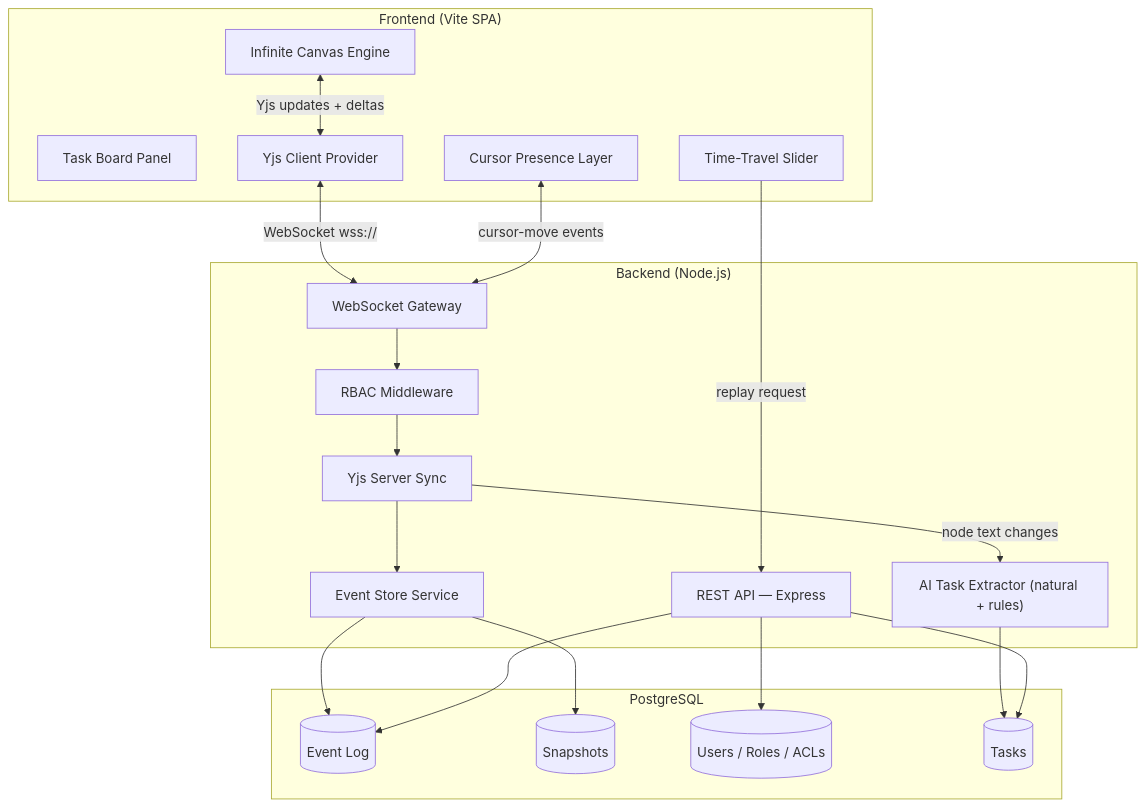
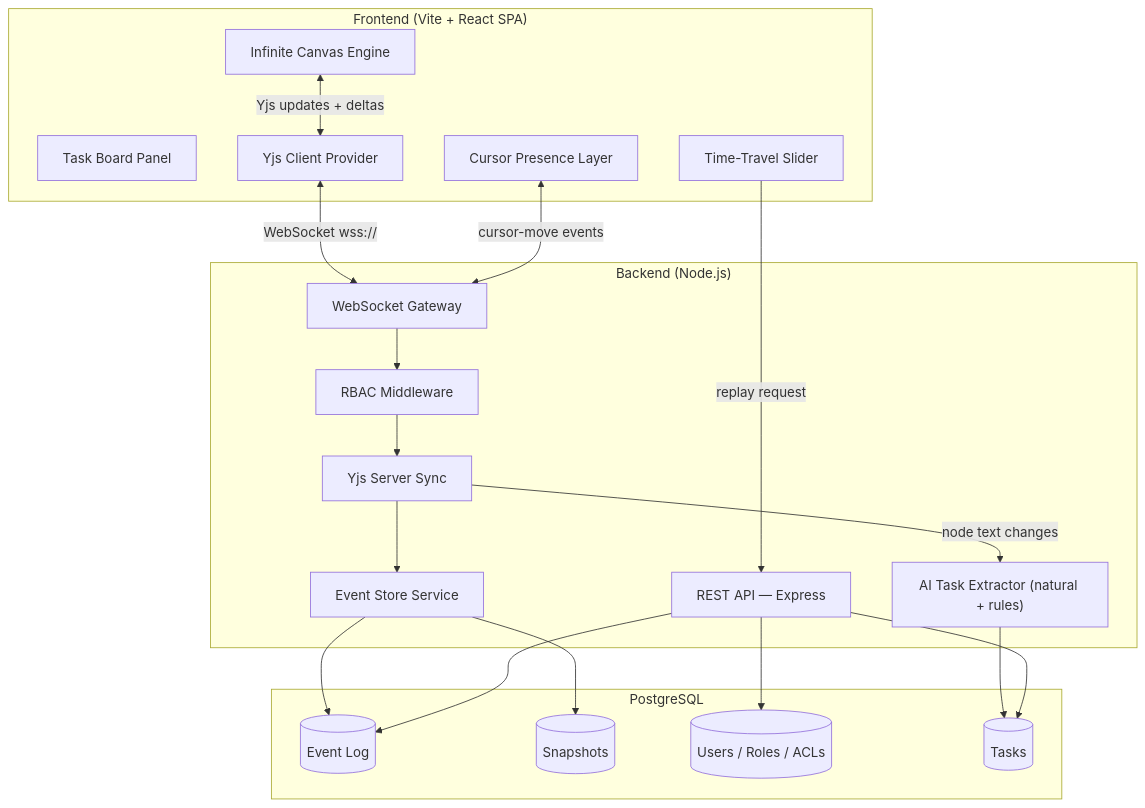
Before and after one commit to haniyashafiq/LIGMA: the first of 2 diagrams in implementation_plan_ligma.md, drawn with Mermaid. The commit also changed other lines of this file and 12 other files, not shown here.

````diff
--- a/implementation_plan_ligma.md
+++ b/implementation_plan_ligma.md
@@ -9,41 +9,41 @@
 ```mermaid
 graph TB
-    subgraph Client["Frontend (Vite SPA)"]
+    subgraph Client["Frontend (Vite + React SPA)"]
         IC[Infinite Canvas Engine]
         TB[Task Board Panel]
         CP[Cursor Presence Layer]
         TT[Time-Travel Slider]
         YC[Yjs Client Provider]
     end
 
     subgraph Server["Backend (Node.js)"]
         WS[WebSocket Gateway]
         YS[Yjs Server Sync]
         ES[Event Store Service]
         RBAC[RBAC Middleware]
         AI["AI Task Extractor (natural + rules)"]
         REST[REST API — Express]
     end
 
     subgraph DB["PostgreSQL"]
         EL[(Event Log)]
         SNAP[(Snapshots)]
         ACL[(Users / Roles / ACLs)]
         TASKS[(Tasks)]
     end
 
     IC <-->|Yjs updates + deltas| YC
     YC <-->|WebSocket wss://| WS
     WS --> RBAC
     RBAC --> YS
     YS --> ES
     ES --> EL
     ES --> SNAP
     AI --> TASKS
     YS -->|node text changes| AI
     REST --> ACL
     REST --> TASKS
     CP <-->|cursor-move events| WS
     TT -->|replay request| REST
     REST --> EL
 ```
````
